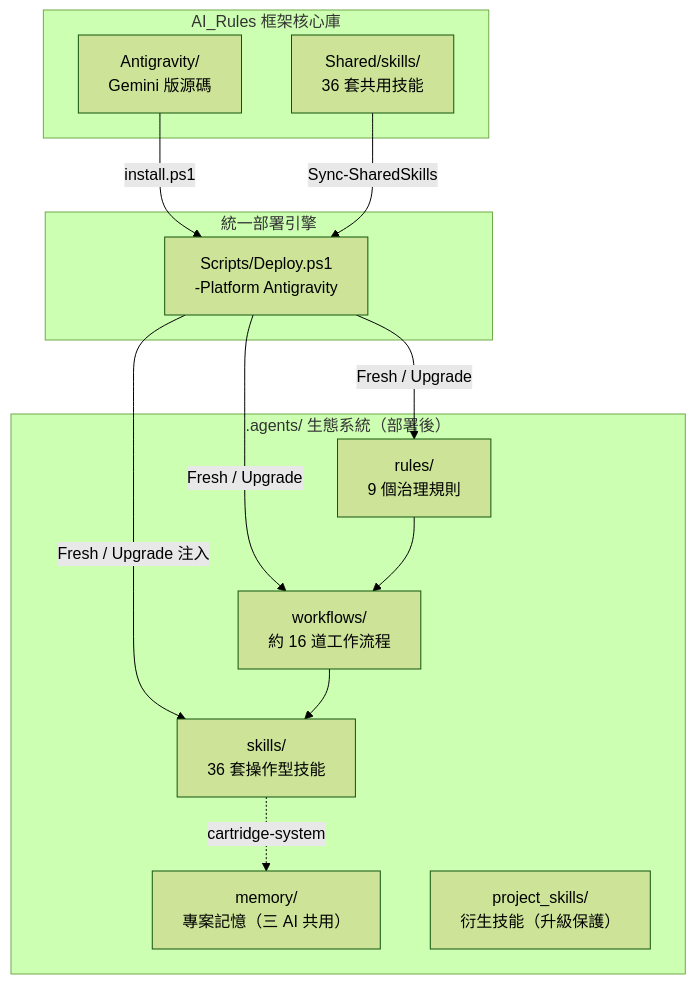
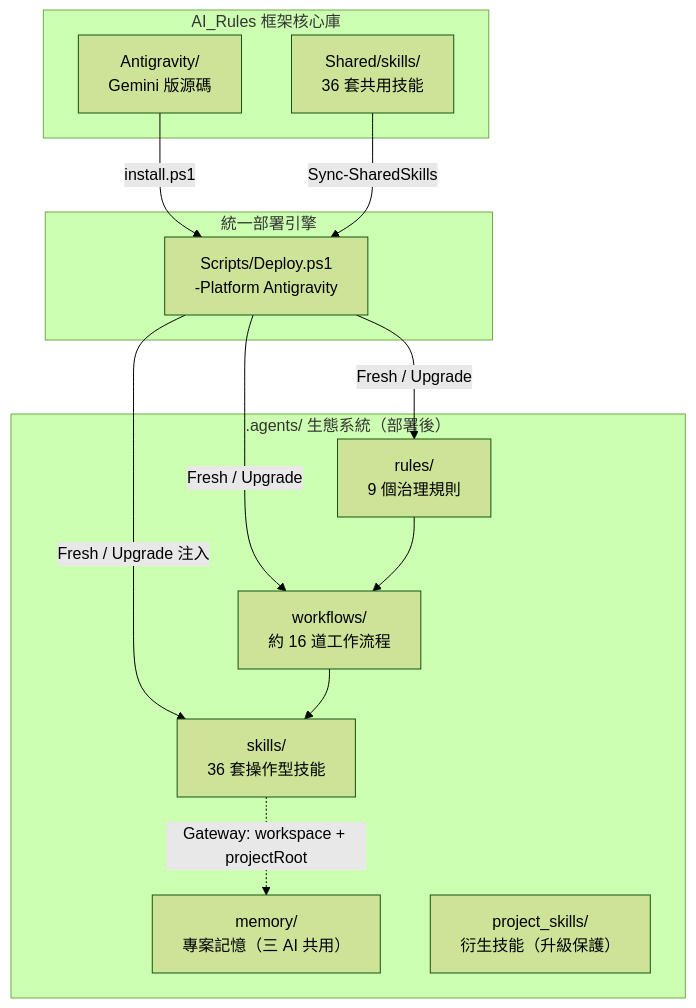
The first of 3 diagrams in Antigravity/README.md (Kunshao1117/AI_Rules), drawn with Mermaid (forest theme) before and after one commit. The commit also changed other lines of this file and 19 other files, not shown here.

````diff
--- a/Antigravity/README.md
+++ b/Antigravity/README.md
@@ -75,28 +75,28 @@
 ```mermaid
 graph TB
     subgraph "AI_Rules 框架核心庫"
         SRC["Antigravity/<br/>Gemini 版源碼"]
         SH["Shared/skills/<br/>36 套共用技能"]
     end
 
     subgraph "統一部署引擎"
         DEPLOY["Scripts/Deploy.ps1<br/>-Platform Antigravity"]
     end
 
     subgraph ".agents/ 生態系統（部署後）"
         RULES["rules/<br/>9 個治理規則"]
         WF["workflows/<br/>約 16 道工作流程"]
         SKILLS["skills/<br/>36 套操作型技能"]
         MEM["memory/<br/>專案記憶（三 AI 共用）"]
         PROJ["project_skills/<br/>衍生技能（升級保護）"]
     end
 
     SRC -->|"install.ps1"| DEPLOY
     SH -->|"Sync-SharedSkills"| DEPLOY
     DEPLOY -->|"Fresh / Upgrade"| RULES
     DEPLOY -->|"Fresh / Upgrade"| WF
     DEPLOY -->|"Fresh / Upgrade 注入"| SKILLS
     RULES --> WF
     WF --> SKILLS
-    SKILLS -.->|"cartridge-system"| MEM
+    SKILLS -.->|"Gateway: workspace + projectRoot"| MEM
 ```
````
